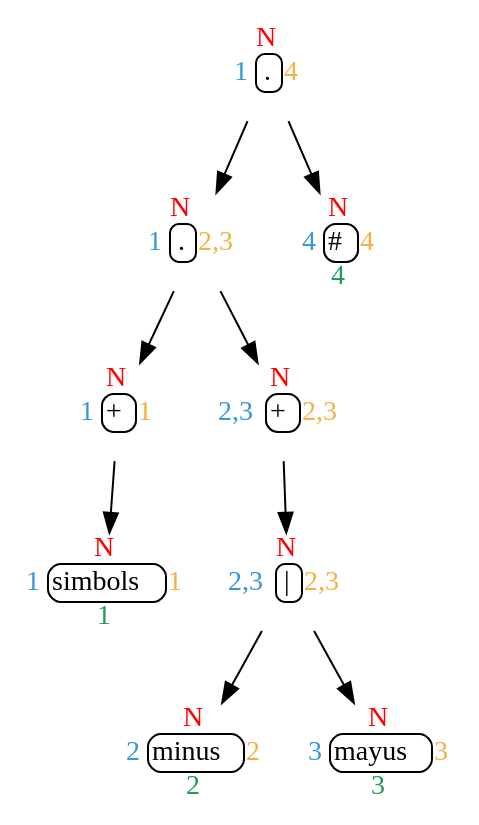
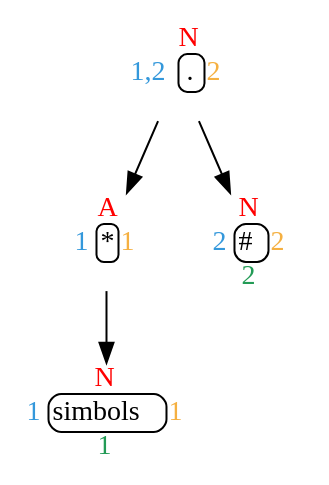
Before and after one commit to SolisMario/OLC1_Proyecto1_201900629: the diagram in OLC1_Proyecto1_201900629/DOT/erAzar.dot, drawn with Graphviz. The commit also changed 132 other files, not shown here.

```diff
--- a/OLC1_Proyecto1_201900629/DOT/erAzar.dot
+++ b/OLC1_Proyecto1_201900629/DOT/erAzar.dot
@@ -1,130 +1,55 @@
 digraph afd {
 rankdir=TD;
 "1000"[shape=none, margin=0, label=<<TABLE BORDER="0" CELLBORDER="0" CELLSPACING="0" CELLPADDING="1" weight='bold'>
-<TR><TD ROWSPAN="3"><FONT COLOR="#3498DB">1</FONT></TD>
+<TR><TD ROWSPAN="3"><FONT COLOR="#3498DB">1,2</FONT></TD>
 <TD CELLPADDING="0"><FONT COLOR="red">N</FONT></TD>
-<TD ROWSPAN="3"><FONT COLOR="#F5B041">4</FONT></TD></TR>
-<TR><TD style="rounded" BORDER="1">.</TD></TR>
-<TR><TD CELLPADDING="0"><FONT COLOR="#239B56"> </FONT></TD></TR>
-</TABLE>>];
-"7"[shape=none, margin=0, label=<<TABLE BORDER="0" CELLBORDER="0" CELLSPACING="0" CELLPADDING="1">
-<TR><TD ROWSPAN="3"><FONT COLOR="#3498DB">1</FONT></TD>
-<TD CELLPADDING="0"><FONT COLOR="red">N</FONT></TD>
-<TD ROWSPAN="3"><FONT COLOR="#F5B041">2,3</FONT></TD></TR>
-<TR><TD style="rounded" BORDER="1">.</TD></TR>
-<TR><TD CELLPADDING="0"><FONT COLOR="#239B56"> </FONT></TD></TR>
-</TABLE>>];
-"1000"->"7"
-"#"[shape=none, margin=0, label=<<TABLE BORDER="0" CELLBORDER="0" CELLSPACING="0" CELLPADDING="1">
-<TR><TD ROWSPAN="3"><FONT COLOR="#3498DB">4</FONT></TD>
-<TD CELLPADDING="0"><FONT COLOR="red">N</FONT></TD>
-<TD ROWSPAN="3"><FONT COLOR="#F5B041">4</FONT></TD></TR>
-<TR><TD style="rounded" BORDER="1">#</TD></TR>
-<TR><TD CELLPADDING="0"><FONT COLOR="#239B56">4</FONT></TD></TR>
-</TABLE>>];
-"1000"->"#"
-"7"[shape=none, margin=0, label=<<TABLE BORDER="0" CELLBORDER="0" CELLSPACING="0" CELLPADDING="1" weight='bold'>
-<TR><TD ROWSPAN="3"><FONT COLOR="#3498DB">1</FONT></TD>
-<TD CELLPADDING="0"><FONT COLOR="red">N</FONT></TD>
-<TD ROWSPAN="3"><FONT COLOR="#F5B041">2,3</FONT></TD></TR>
+<TD ROWSPAN="3"><FONT COLOR="#F5B041">2</FONT></TD></TR>
 <TR><TD style="rounded" BORDER="1">.</TD></TR>
 <TR><TD CELLPADDING="0"><FONT COLOR="#239B56"> </FONT></TD></TR>
 </TABLE>>];
 "2"[shape=none, margin=0, label=<<TABLE BORDER="0" CELLBORDER="0" CELLSPACING="0" CELLPADDING="1">
 <TR><TD ROWSPAN="3"><FONT COLOR="#3498DB">1</FONT></TD>
-<TD CELLPADDING="0"><FONT COLOR="red">N</FONT></TD>
+<TD CELLPADDING="0"><FONT COLOR="red">A</FONT></TD>
 <TD ROWSPAN="3"><FONT COLOR="#F5B041">1</FONT></TD></TR>
-<TR><TD style="rounded" BORDER="1">+</TD></TR>
+<TR><TD style="rounded" BORDER="1">*</TD></TR>
 <TR><TD CELLPADDING="0"><FONT COLOR="#239B56"> </FONT></TD></TR>
 </TABLE>>];
-"7"->"2"
-"6"[shape=none, margin=0, label=<<TABLE BORDER="0" CELLBORDER="0" CELLSPACING="0" CELLPADDING="1">
-<TR><TD ROWSPAN="3"><FONT COLOR="#3498DB">2,3</FONT></TD>
+"1000"->"2"
+"#"[shape=none, margin=0, label=<<TABLE BORDER="0" CELLBORDER="0" CELLSPACING="0" CELLPADDING="1">
+<TR><TD ROWSPAN="3"><FONT COLOR="#3498DB">2</FONT></TD>
 <TD CELLPADDING="0"><FONT COLOR="red">N</FONT></TD>
-<TD ROWSPAN="3"><FONT COLOR="#F5B041">2,3</FONT></TD></TR>
-<TR><TD style="rounded" BORDER="1">+</TD></TR>
-<TR><TD CELLPADDING="0"><FONT COLOR="#239B56"></FONT></TD></TR>
+<TD ROWSPAN="3"><FONT COLOR="#F5B041">2</FONT></TD></TR>
+<TR><TD style="rounded" BORDER="1">#</TD></TR>
+<TR><TD CELLPADDING="0"><FONT COLOR="#239B56">2</FONT></TD></TR>
 </TABLE>>];
-"7"->"6"
+"1000"->"#"
 "2"[shape=none, margin=0, label=<<TABLE BORDER="0" CELLBORDER="0" CELLSPACING="0" CELLPADDING="1" weight='bold'>
 <TR><TD ROWSPAN="3"><FONT COLOR="#3498DB">1</FONT></TD>
-<TD CELLPADDING="0"><FONT COLOR="red">N</FONT></TD>
+<TD CELLPADDING="0"><FONT COLOR="red">A</FONT></TD>
 <TD ROWSPAN="3"><FONT COLOR="#F5B041">1</FONT></TD></TR>
-<TR><TD style="rounded" BORDER="1">+</TD></TR>
+<TR><TD style="rounded" BORDER="1">*</TD></TR>
 <TR><TD CELLPADDING="0"><FONT COLOR="#239B56"> </FONT></TD></TR>
 </TABLE>>];
 "1"[shape=none, margin=0, label=<<TABLE BORDER="0" CELLBORDER="0" CELLSPACING="0" CELLPADDING="1">
 <TR><TD ROWSPAN="3"><FONT COLOR="#3498DB">1</FONT></TD>
 <TD CELLPADDING="0"><FONT COLOR="red">N</FONT></TD>
 <TD ROWSPAN="3"><FONT COLOR="#F5B041">1</FONT></TD></TR>
 <TR><TD style="rounded" BORDER="1">simbols</TD></TR>
 <TR><TD CELLPADDING="0"><FONT COLOR="#239B56">1</FONT></TD></TR>
 </TABLE>>];
 "2"->"1"
 "1"[shape=none, margin=0, label=<<TABLE BORDER="0" CELLBORDER="0" CELLSPACING="0" CELLPADDING="1" weight='bold'>
 <TR><TD ROWSPAN="3"><FONT COLOR="#3498DB">1</FONT></TD>
 <TD CELLPADDING="0"><FONT COLOR="red">N</FONT></TD>
 <TD ROWSPAN="3"><FONT COLOR="#F5B041">1</FONT></TD></TR>
 <TR><TD style="rounded" BORDER="1">simbols</TD></TR>
 <TR><TD CELLPADDING="0"><FONT COLOR="#239B56">1</FONT></TD></TR>
 </TABLE>>];
-"6"[shape=none, margin=0, label=<<TABLE BORDER="0" CELLBORDER="0" CELLSPACING="0" CELLPADDING="1" weight='bold'>
-<TR><TD ROWSPAN="3"><FONT COLOR="#3498DB">2,3</FONT></TD>
-<TD CELLPADDING="0"><FONT COLOR="red">N</FONT></TD>
-<TD ROWSPAN="3"><FONT COLOR="#F5B041">2,3</FONT></TD></TR>
-<TR><TD style="rounded" BORDER="1">+</TD></TR>
-<TR><TD CELLPADDING="0"><FONT COLOR="#239B56"> </FONT></TD></TR>
-</TABLE>>];
-"5"[shape=none, margin=0, label=<<TABLE BORDER="0" CELLBORDER="0" CELLSPACING="0" CELLPADDING="1">
-<TR><TD ROWSPAN="3"><FONT COLOR="#3498DB">2,3</FONT></TD>
-<TD CELLPADDING="0"><FONT COLOR="red">N</FONT></TD>
-<TD ROWSPAN="3"><FONT COLOR="#F5B041">2,3</FONT></TD></TR>
-<TR><TD style="rounded" BORDER="1">|</TD></TR>
-<TR><TD CELLPADDING="0"><FONT COLOR="#239B56"></FONT></TD></TR>
-</TABLE>>];
-"6"->"5"
-"5"[shape=none, margin=0, label=<<TABLE BORDER="0" CELLBORDER="0" CELLSPACING="0" CELLPADDING="1" weight='bold'>
-<TR><TD ROWSPAN="3"><FONT COLOR="#3498DB">2,3</FONT></TD>
-<TD CELLPADDING="0"><FONT COLOR="red">N</FONT></TD>
-<TD ROWSPAN="3"><FONT COLOR="#F5B041">2,3</FONT></TD></TR>
-<TR><TD style="rounded" BORDER="1">|</TD></TR>
-<TR><TD CELLPADDING="0"><FONT COLOR="#239B56"> </FONT></TD></TR>
-</TABLE>>];
-"3"[shape=none, margin=0, label=<<TABLE BORDER="0" CELLBORDER="0" CELLSPACING="0" CELLPADDING="1">
+"#"[shape=none, margin=0, label=<<TABLE BORDER="0" CELLBORDER="0" CELLSPACING="0" CELLPADDING="1" weight='bold'>
 <TR><TD ROWSPAN="3"><FONT COLOR="#3498DB">2</FONT></TD>
 <TD CELLPADDING="0"><FONT COLOR="red">N</FONT></TD>
 <TD ROWSPAN="3"><FONT COLOR="#F5B041">2</FONT></TD></TR>
-<TR><TD style="rounded" BORDER="1">minus</TD></TR>
+<TR><TD style="rounded" BORDER="1">#</TD></TR>
 <TR><TD CELLPADDING="0"><FONT COLOR="#239B56">2</FONT></TD></TR>
 </TABLE>>];
-"5"->"3"
-"4"[shape=none, margin=0, label=<<TABLE BORDER="0" CELLBORDER="0" CELLSPACING="0" CELLPADDING="1">
-<TR><TD ROWSPAN="3"><FONT COLOR="#3498DB">3</FONT></TD>
-<TD CELLPADDING="0"><FONT COLOR="red">N</FONT></TD>
-<TD ROWSPAN="3"><FONT COLOR="#F5B041">3</FONT></TD></TR>
-<TR><TD style="rounded" BORDER="1">mayus</TD></TR>
-<TR><TD CELLPADDING="0"><FONT COLOR="#239B56">3</FONT></TD></TR>
-</TABLE>>];
-"5"->"4"
-"3"[shape=none, margin=0, label=<<TABLE BORDER="0" CELLBORDER="0" CELLSPACING="0" CELLPADDING="1" weight='bold'>
-<TR><TD ROWSPAN="3"><FONT COLOR="#3498DB">2</FONT></TD>
-<TD CELLPADDING="0"><FONT COLOR="red">N</FONT></TD>
-<TD ROWSPAN="3"><FONT COLOR="#F5B041">2</FONT></TD></TR>
-<TR><TD style="rounded" BORDER="1">minus</TD></TR>
-<TR><TD CELLPADDING="0"><FONT COLOR="#239B56">2</FONT></TD></TR>
-</TABLE>>];
-"4"[shape=none, margin=0, label=<<TABLE BORDER="0" CELLBORDER="0" CELLSPACING="0" CELLPADDING="1" weight='bold'>
-<TR><TD ROWSPAN="3"><FONT COLOR="#3498DB">3</FONT></TD>
-<TD CELLPADDING="0"><FONT COLOR="red">N</FONT></TD>
-<TD ROWSPAN="3"><FONT COLOR="#F5B041">3</FONT></TD></TR>
-<TR><TD style="rounded" BORDER="1">mayus</TD></TR>
-<TR><TD CELLPADDING="0"><FONT COLOR="#239B56">3</FONT></TD></TR>
-</TABLE>>];
-"#"[shape=none, margin=0, label=<<TABLE BORDER="0" CELLBORDER="0" CELLSPACING="0" CELLPADDING="1" weight='bold'>
-<TR><TD ROWSPAN="3"><FONT COLOR="#3498DB">4</FONT></TD>
-<TD CELLPADDING="0"><FONT COLOR="red">N</FONT></TD>
-<TD ROWSPAN="3"><FONT COLOR="#F5B041">4</FONT></TD></TR>
-<TR><TD style="rounded" BORDER="1">#</TD></TR>
-<TR><TD CELLPADDING="0"><FONT COLOR="#239B56">4</FONT></TD></TR>
-</TABLE>>];
 }
```
